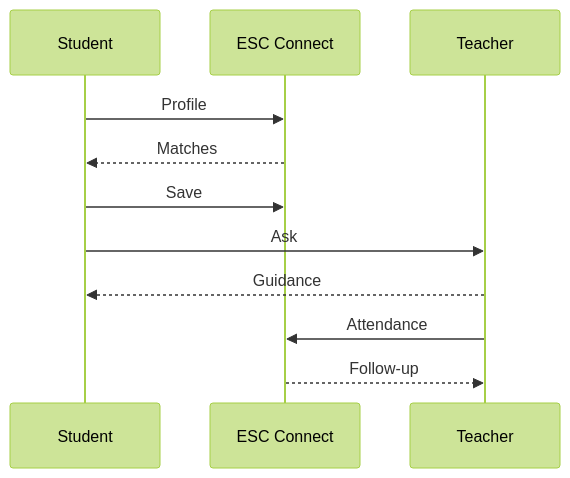
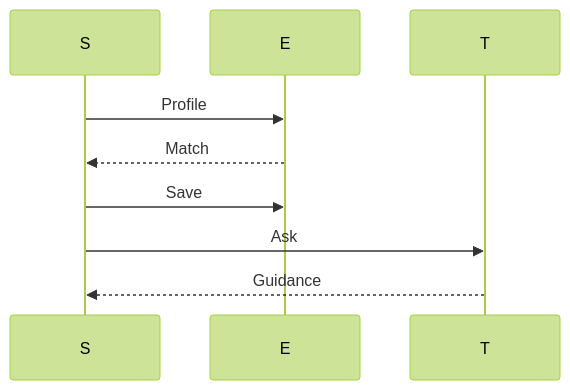
Before and after one commit to mahik2007/hackathon: the fourth of 12 diagrams in README.md, drawn with Mermaid (forest theme). The commit also changed other lines of this file, not shown here.

````diff
--- a/README.md
+++ b/README.md
@@ -73,13 +56,8 @@
 ```mermaid
 sequenceDiagram
-    participant S as Student
-    participant E as ESC Connect
-    participant T as Teacher
-    S->>E: Profile
-    E-->>S: Matches
-    S->>E: Save
-    S->>T: Ask
-    T-->>S: Guidance
-    T->>E: Attendance
-    E-->>T: Follow-up
+S->>E: Profile
+E-->>S: Match
+S->>E: Save
+S->>T: Ask
+T-->>S: Guidance
 ```
````
